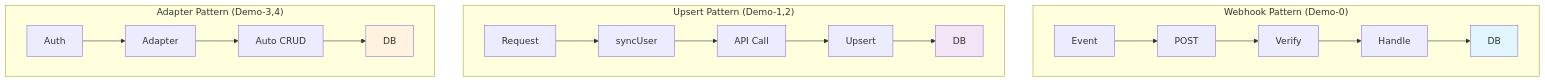
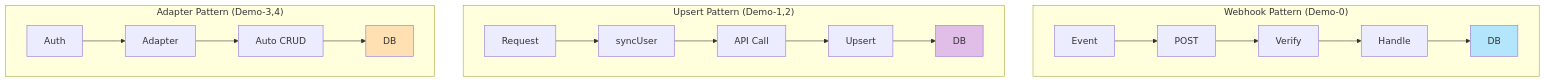
Diagram 28 of 39 in 02-DIAGRAMMES_ARCHITECTURES.md (inskillflow/auths-1-NEXTJS-introduction), drawn with Mermaid before and after one commit. The commit also changed other lines of this file, not shown here.

````diff
--- a/02-DIAGRAMMES_ARCHITECTURES.md
+++ b/02-DIAGRAMMES_ARCHITECTURES.md
@@ -938,26 +938,26 @@
 ```mermaid
 graph TB
     subgraph "Webhook Pattern (Demo-0)"
         W1[Event] --> W2[POST]
         W2 --> W3[Verify]
         W3 --> W4[Handle]
         W4 --> W5[DB]
     end
     
     subgraph "Upsert Pattern (Demo-1,2)"
         U1[Request] --> U2[syncUser]
         U2 --> U3[API Call]
         U3 --> U4[Upsert]
         U4 --> U5[DB]
     end
     
     subgraph "Adapter Pattern (Demo-3,4)"
         A1[Auth] --> A2[Adapter]
         A2 --> A3[Auto CRUD]
         A3 --> A4[DB]
     end
     
-    style W5 fill:#e1f5fe
-    style U5 fill:#f3e5f5
-    style A4 fill:#fff3e0
+    style W5 fill:#b3e5fc
+    style U5 fill:#e1bee7
+    style A4 fill:#ffe0b2
 ```
````
